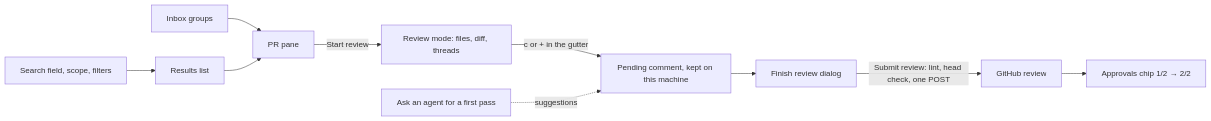
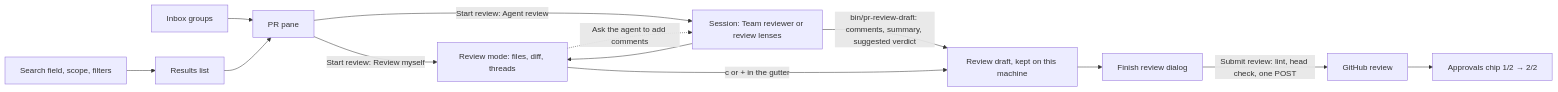
One commit to IDSAD-XL/worfy changed the diagram in .scratch/worfy-pr-review/spec.md. Above: the diagram before and after it, drawn with Mermaid. The commit also changed other lines of this file and 14 other files, not shown here.

````diff
--- a/.scratch/worfy-pr-review/spec.md
+++ b/.scratch/worfy-pr-review/spec.md
@@ -184,12 +235,15 @@
 ```mermaid
 flowchart LR
   Q[Search field, scope, filters] --> R[Results list]
   I[Inbox groups] --> P[PR pane]
   R --> P
-  P -->|Start review| M[Review mode: files, diff, threads]
-  M -->|c or + in the gutter| C[Pending comment, kept on this machine]
-  A[Ask an agent for a first pass] -.suggestions.-> C
+  P -->|Start review: Review myself| M[Review mode: files, diff, threads]
+  P -->|Start review: Agent review| A[Session: Team reviewer or review lenses]
+  A -->|bin/pr-review-draft: comments, summary, suggested verdict| C
+  A --> M
+  M -->|c or + in the gutter| C[Review draft, kept on this machine]
+  M -.Ask the agent to add comments.-> A
   C --> F[Finish review dialog]
   F -->|Submit review: lint, head check, one POST| G[GitHub review]
   G --> X[Approvals chip 1/2 → 2/2]
 ```
````
